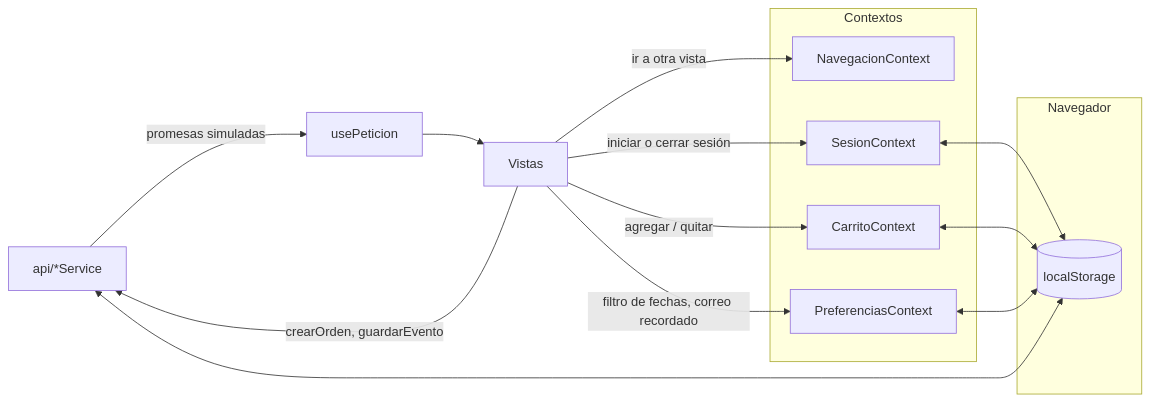
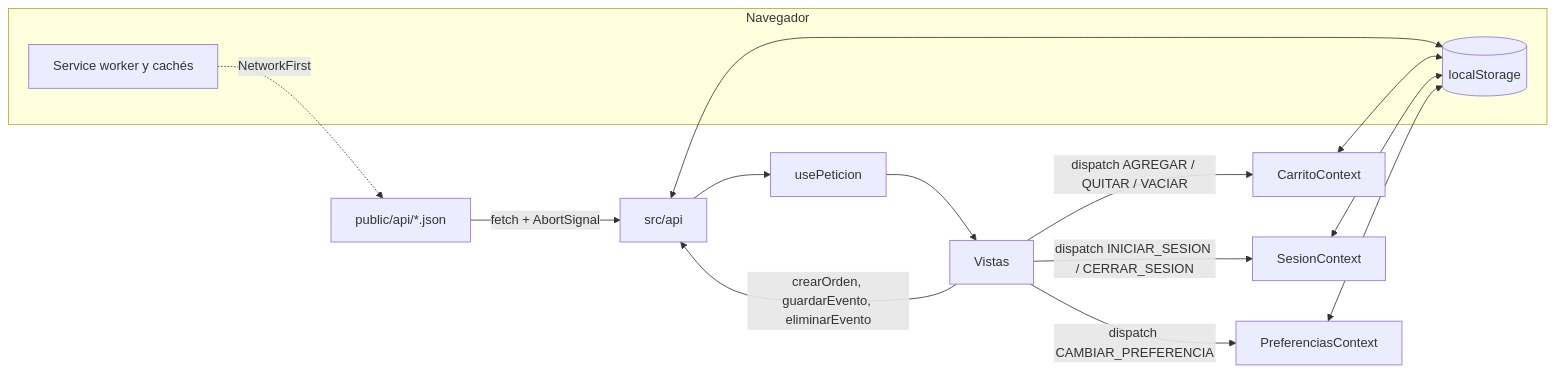
The diagram in docs/arquitectura.md (adrian674q/TickNova), drawn with Mermaid before and after one commit. The commit also changed other lines of this file and 96 other files, not shown here.

````diff
--- a/docs/arquitectura.md
+++ b/docs/arquitectura.md
@@ -37,23 +37,19 @@
 ```mermaid
 flowchart LR
   subgraph Navegador
     LS[(localStorage)]
+    SW[Service worker y cachés]
   end
-  subgraph Contextos
-    N[NavegacionContext]
-    S[SesionContext]
-    C[CarritoContext]
-    P[PreferenciasContext]
-  end
-  API[api/*Service] --> |promesas simuladas| H[usePeticion]
+  JSON[public/api/*.json] --> |fetch + AbortSignal| API[src/api]
+  SW -.-> |NetworkFirst| JSON
+  API --> H[usePeticion]
   H --> V[Vistas]
-  V --> |agregar / quitar| C
-  V --> |ir a otra vista| N
-  V --> |iniciar o cerrar sesión| S
-  V --> |filtro de fechas, correo recordado| P
-  V --> |crearOrden, guardarEvento| API
+  V --> |dispatch AGREGAR / QUITAR / VACIAR| C[CarritoContext]
+  V --> |dispatch INICIAR_SESION / CERRAR_SESION| S[SesionContext]
+  V --> |dispatch CAMBIAR_PREFERENCIA| P[PreferenciasContext]
+  V --> |crearOrden, guardarEvento, eliminarEvento| API
   S <--> LS
   C <--> LS
   P <--> LS
   API <--> LS
 ```
````
